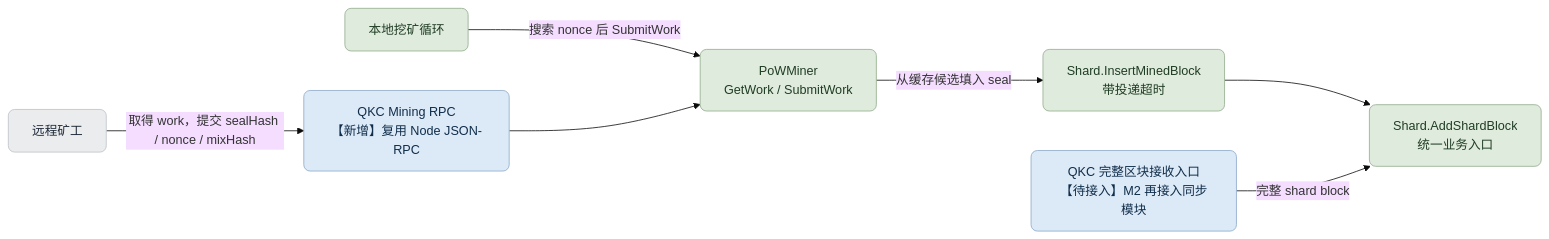
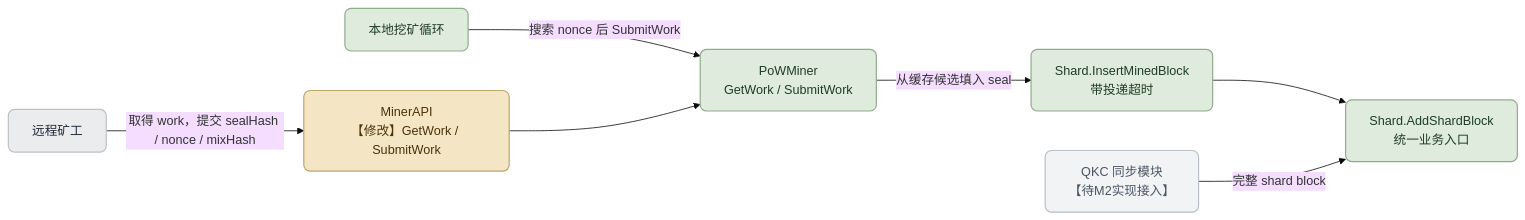
One commit to QuarkChain/modernized-qkc changed the fourth of 6 diagrams in docs/shard-ethereum-integration-design.md. Above: the diagram before and after it, drawn with Mermaid (base theme). The commit also changed other lines of this file and 6 other files, not shown here.

````diff
--- a/docs/shard-ethereum-integration-design.md
+++ b/docs/shard-ethereum-integration-design.md
@@ -258,19 +262,20 @@
 ```mermaid
 flowchart LR
     Local["本地挖矿循环"]:::reuse
     Remote["远程矿工"]:::external
-    RPC["QKC Mining RPC<br/>【新增】复用 Node JSON-RPC"]:::create
+    RPC["MinerAPI<br/>【修改】GetWork / SubmitWork"]:::modify
     Pow["PoWMiner<br/>GetWork / SubmitWork"]:::reuse
     Insert["Shard.InsertMinedBlock<br/>带投递超时"]:::reuse
-    Network["QKC 完整区块接收入口<br/>【待接入】M2 再接入同步模块"]:::create
+    Network["QKC 同步模块<br/>【待M2实现接入】"]:::deferred
     Add["Shard.AddShardBlock<br/>统一业务入口"]:::reuse
     Local -->|搜索 nonce 后 SubmitWork| Pow
     Remote -->|取得 work，提交 sealHash / nonce / mixHash| RPC
     RPC --> Pow
     Pow -->|从缓存候选填入 seal| Insert
     Insert --> Add
     Network -->|完整 shard block| Add
-    classDef create fill:#DCE9F7,color:#102E4A,stroke:#8BA9C8,rx:8px,ry:8px;
-    classDef reuse fill:#DFEBDD,color:#203D25,stroke:#91AC8C,rx:8px,ry:8px;
-    classDef external fill:#EAECEE,color:#1F2937,stroke:#BCC1C7,rx:8px,ry:8px;
+    classDef modify fill:#F4E6C5,color:#4A3308,stroke:#BEA56A,stroke-width:1.5px,rx:8px,ry:8px;
+    classDef reuse fill:#DFEBDD,color:#203D25,stroke:#91AC8C,stroke-width:1.5px,rx:8px,ry:8px;
+    classDef external fill:#EAECEE,color:#1F2937,stroke:#BCC1C7,stroke-width:1.5px,rx:8px,ry:8px;
+    classDef deferred fill:#F1F3F5,color:#4B5563,stroke:#B8BFC7,stroke-width:1.5px,rx:8px,ry:8px;
 ```
````
